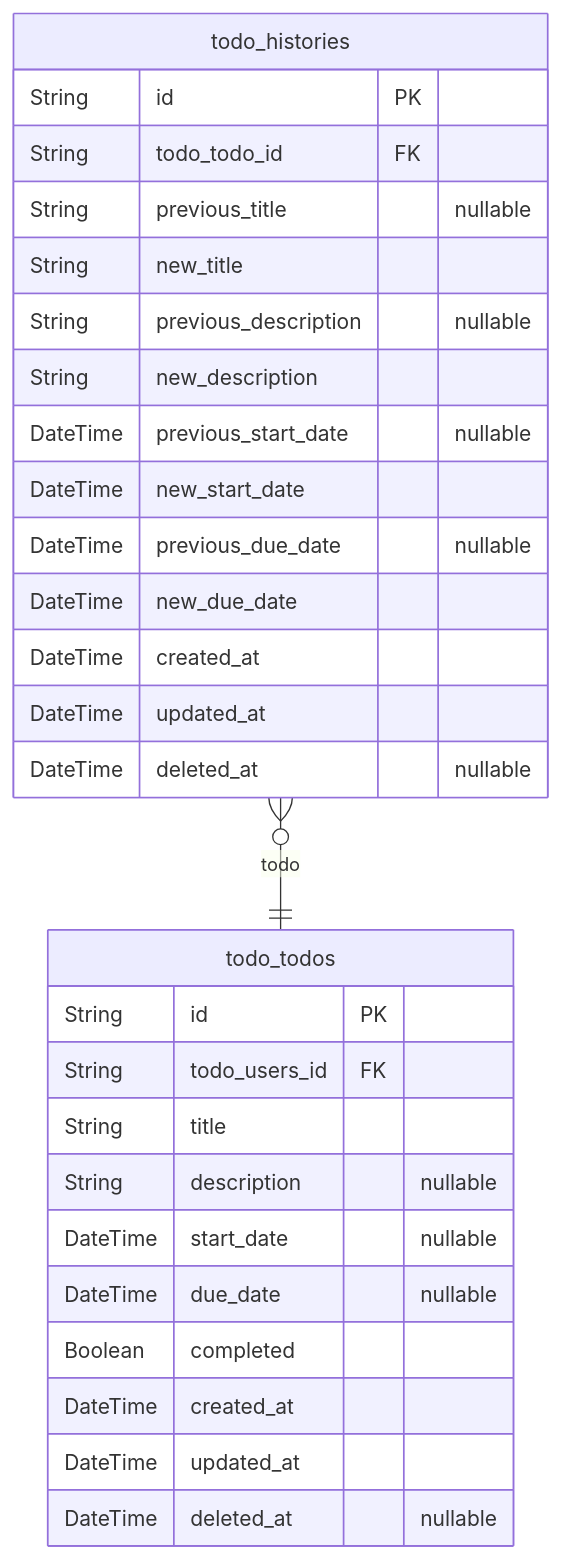
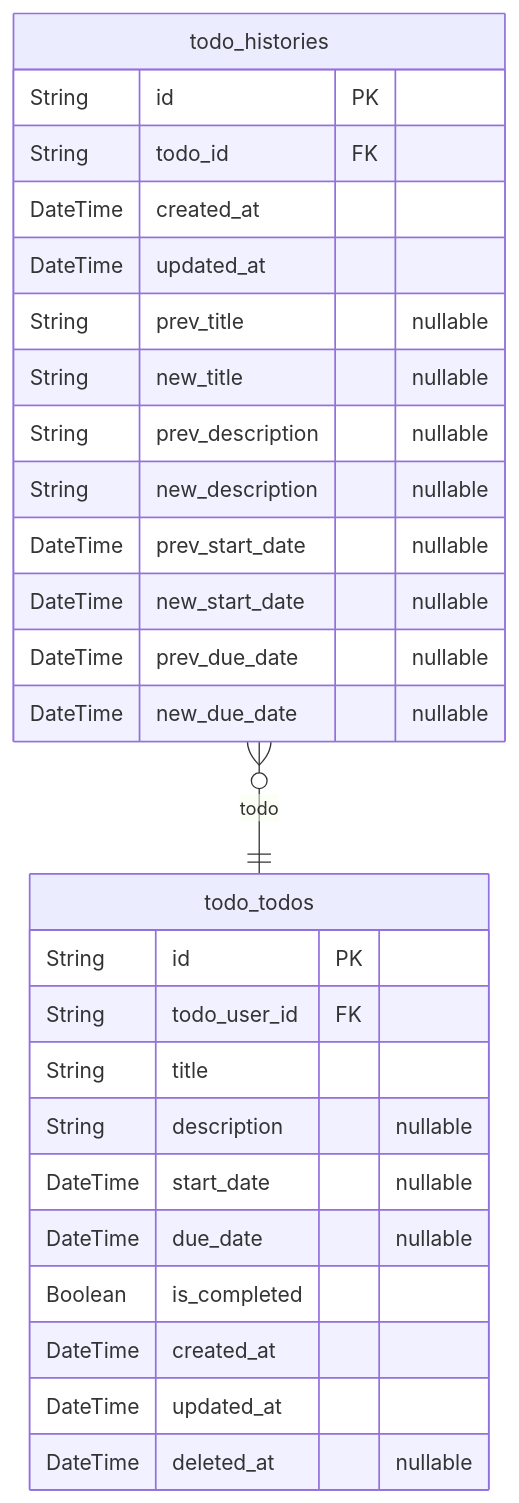
The third of 4 diagrams in qwen/qwen3-30b-a3b-thinking-2507/todo/docs/ERD.md (wrtnlabs/autobe-examples), drawn with Mermaid before and after one commit. The commit also changed other lines of this file and 11104 other files, not shown here.

````diff
--- a/qwen/qwen3-30b-a3b-thinking-2507/todo/docs/ERD.md
+++ b/qwen/qwen3-30b-a3b-thinking-2507/todo/docs/ERD.md
@@ -180,31 +215,30 @@
 ```mermaid
 erDiagram
 "todo_todos" {
   String id PK
-  String todo_users_id FK
+  String todo_user_id FK
   String title
   String description "nullable"
   DateTime start_date "nullable"
   DateTime due_date "nullable"
-  Boolean completed
+  Boolean is_completed
   DateTime created_at
   DateTime updated_at
   DateTime deleted_at "nullable"
 }
 "todo_histories" {
   String id PK
-  String todo_todo_id FK
-  String previous_title "nullable"
-  String new_title
-  String previous_description "nullable"
-  String new_description
-  DateTime previous_start_date "nullable"
-  DateTime new_start_date
-  DateTime previous_due_date "nullable"
-  DateTime new_due_date
+  String todo_id FK
   DateTime created_at
   DateTime updated_at
-  DateTime deleted_at "nullable"
+  String prev_title "nullable"
+  String new_title "nullable"
+  String prev_description "nullable"
+  String new_description "nullable"
+  DateTime prev_start_date "nullable"
+  DateTime new_start_date "nullable"
+  DateTime prev_due_date "nullable"
+  DateTime new_due_date "nullable"
 }
 "todo_histories" }o--|| "todo_todos" : todo
 ```
````
